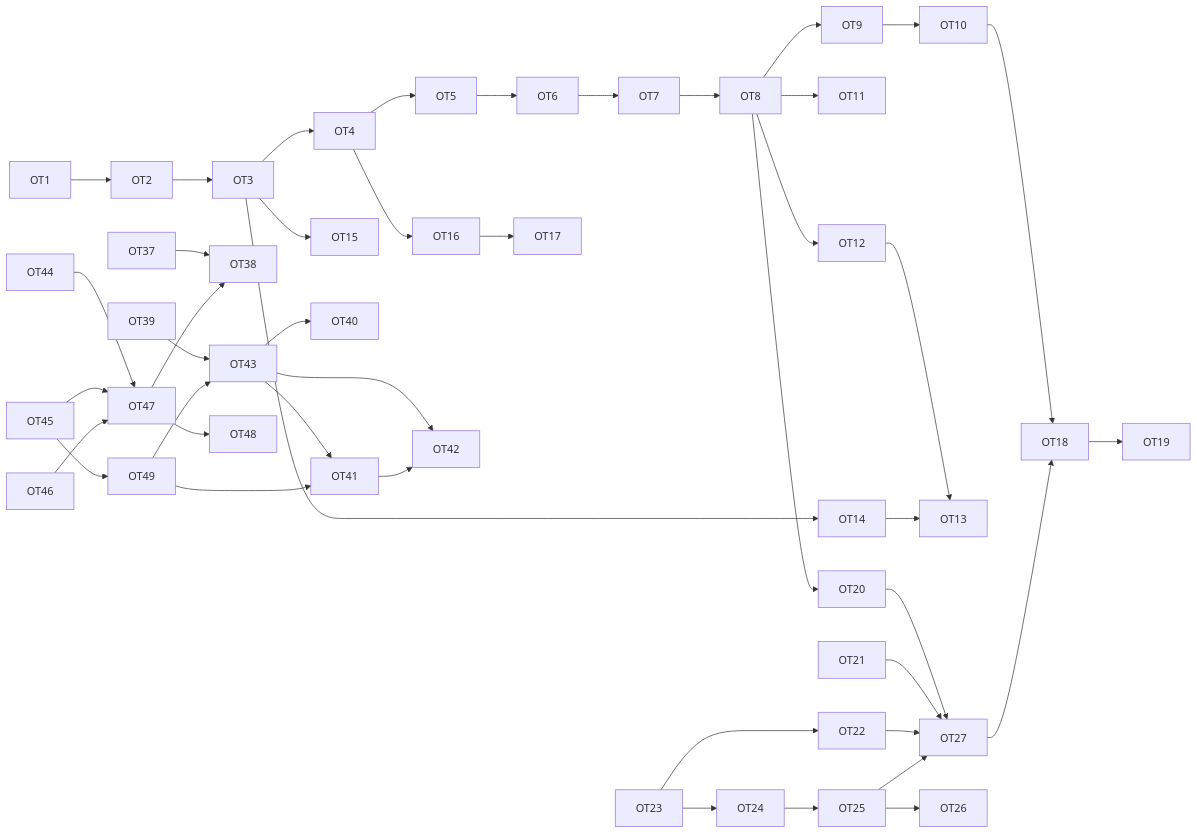
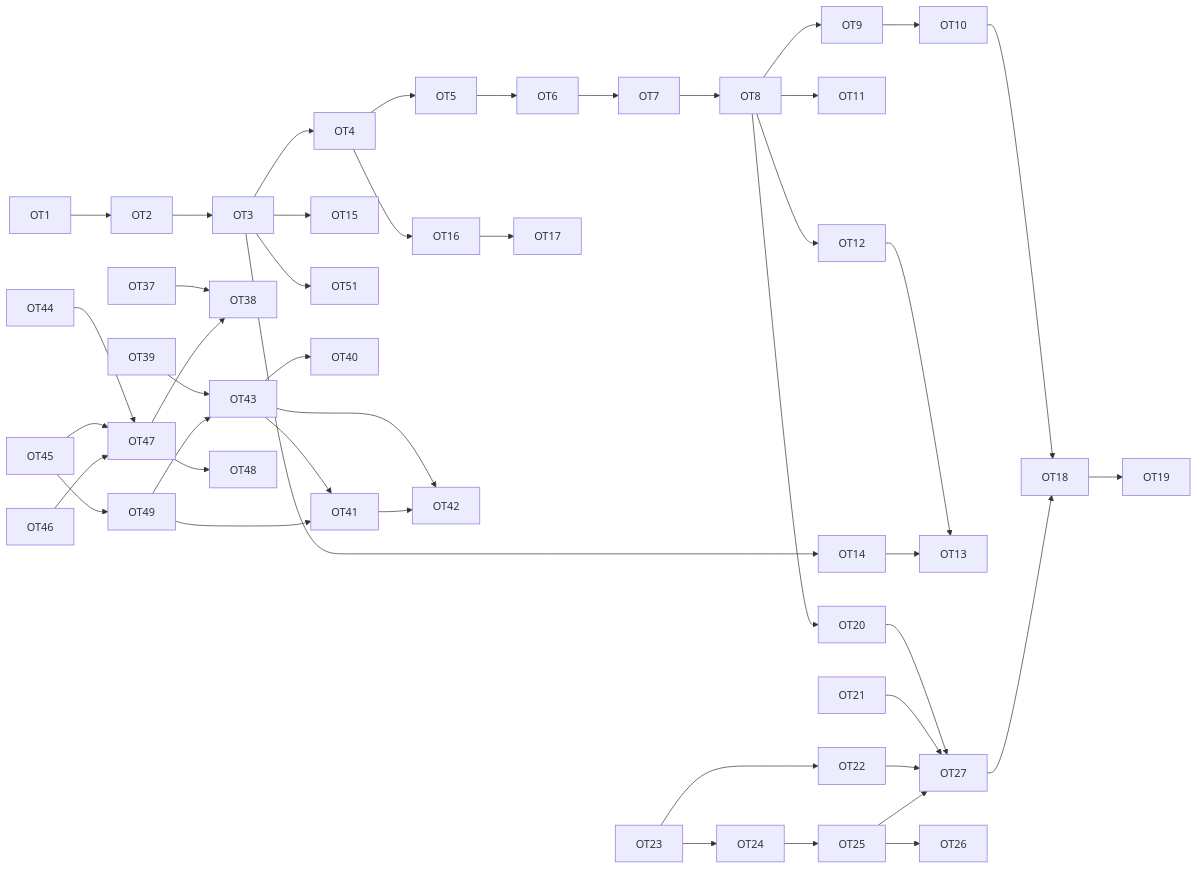
Before and after one commit to Ladvien/blended: the diagram in BACKLOG.md, drawn with Mermaid. The commit also changed other lines of this file, not shown here.

````diff
--- a/BACKLOG.md
+++ b/BACKLOG.md
@@ -494,31 +527,32 @@
 ```mermaid
 flowchart LR
   OT1 --> OT2 --> OT3 --> OT4 --> OT5 --> OT6 --> OT7 --> OT8
   OT8 --> OT9 --> OT10
   OT8 --> OT11
   OT8 --> OT12 --> OT13
   OT3 --> OT14 --> OT13
   OT3 --> OT15
+  OT3 --> OT51
   OT4 --> OT16 --> OT17
   OT10 --> OT18 --> OT19
   OT8 --> OT20 --> OT27
   OT21 --> OT27
   OT23 --> OT22 --> OT27
   OT23 --> OT24 --> OT25 --> OT27
   OT25 --> OT26
   OT27 --> OT18
   OT37 --> OT38
   OT39 --> OT43
   OT43 --> OT40
   OT43 --> OT41
   OT43 --> OT42
   OT41 --> OT42
   OT44 --> OT47
   OT45 --> OT47
   OT46 --> OT47
   OT47 --> OT38
   OT47 --> OT48
   OT45 --> OT49
   OT49 --> OT41
   OT49 --> OT43
 ```
````
